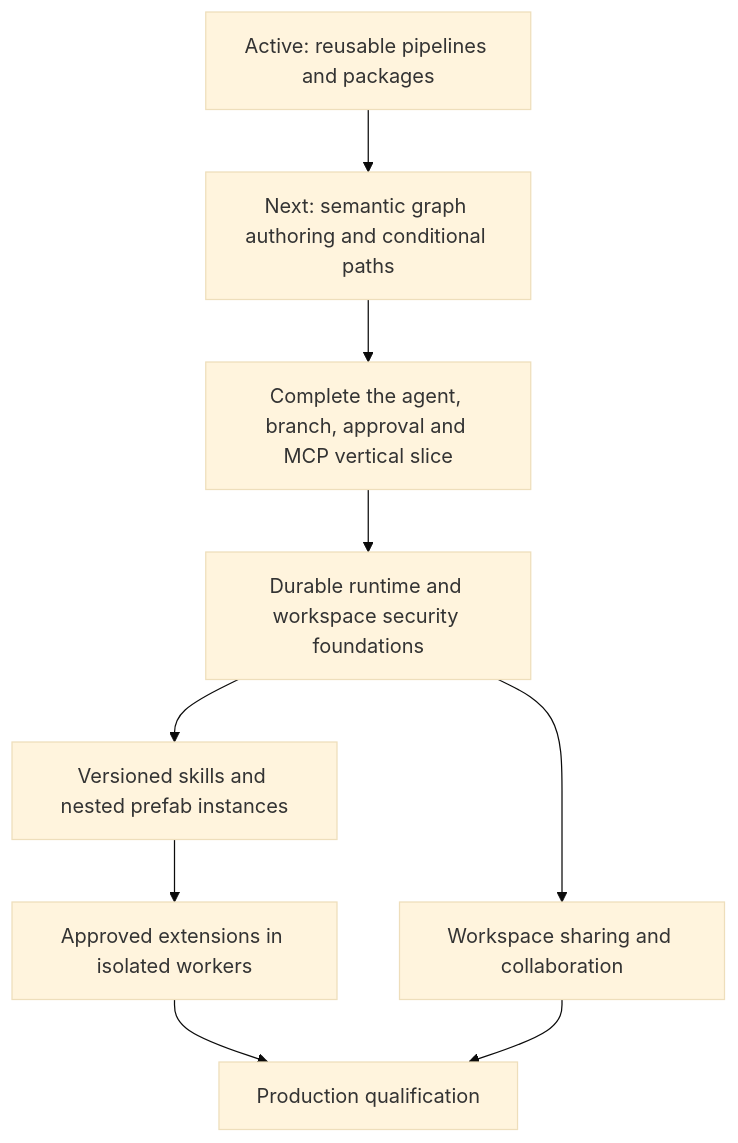
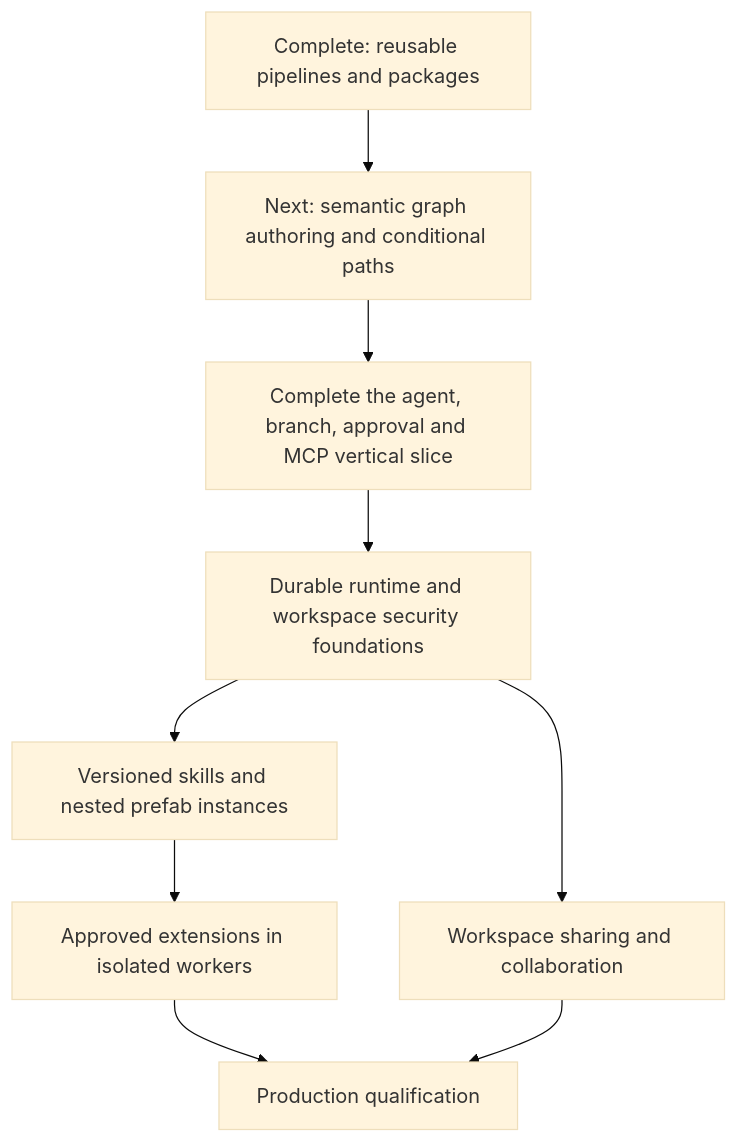
The diagram in docs/roadmap.md (gnalvesteffer/visual-agent-workflow), drawn with Mermaid (base theme) before and after one commit. The commit also changed other lines of this file and 18 other files, not shown here.

Commit message:
Expose reusable published pipelines and portable package sharing in Studio

````diff
--- a/docs/roadmap.md
+++ b/docs/roadmap.md
@@ -30,11 +30,11 @@
 ```mermaid
 flowchart TD
-    Reuse["Active: reusable pipelines and packages"] --> Graph["Next: semantic graph authoring and conditional paths"]
+    Reuse["Complete: reusable pipelines and packages"] --> Graph["Next: semantic graph authoring and conditional paths"]
     Graph --> Vertical["Complete the agent, branch, approval and MCP vertical slice"]
     Vertical --> Durable["Durable runtime and workspace security foundations"]
     Durable --> Assets["Versioned skills and nested prefab instances"]
     Assets --> Extensions["Approved extensions in isolated workers"]
     Durable --> Collaboration["Workspace sharing and collaboration"]
     Extensions --> Production["Production qualification"]
     Collaboration --> Production
 ```
````
